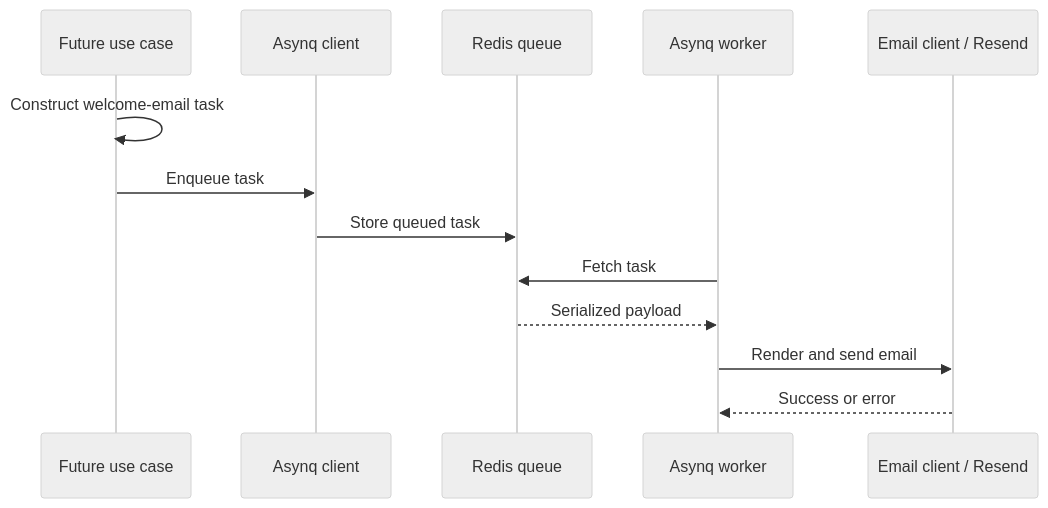
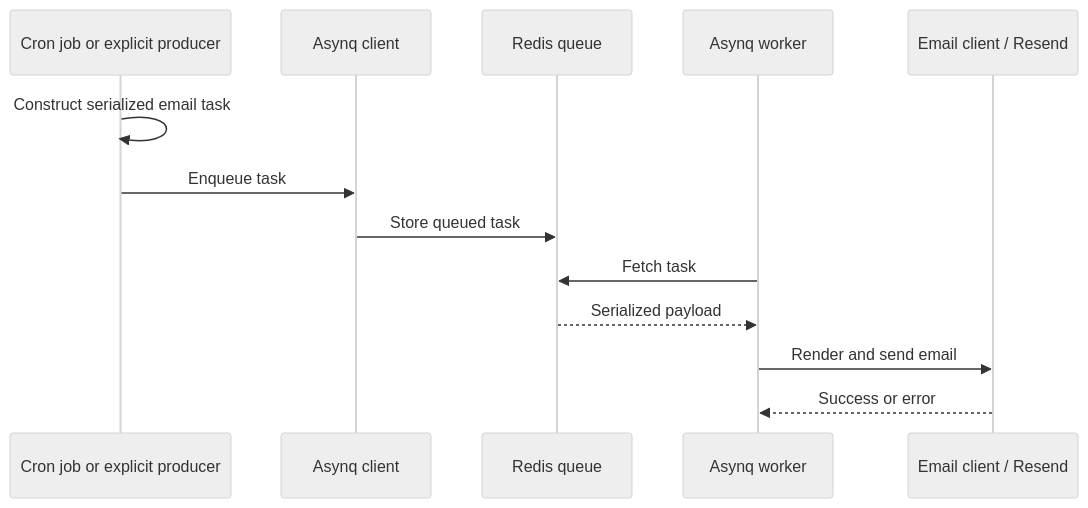
Before and after one commit to vinaykvv00/tasker: the first of 2 diagrams in apps/backend/internal/lib/README.md, drawn with Mermaid (neutral theme). The commit also changed other lines of this file and 36 other files, not shown here.

````diff
--- a/apps/backend/internal/lib/README.md
+++ b/apps/backend/internal/lib/README.md
@@ -20,15 +22,15 @@
 ```mermaid
 sequenceDiagram
-    participant Caller as Future use case
+    participant Caller as Cron job or explicit producer
     participant Client as Asynq client
     participant Redis as Redis queue
     participant Worker as Asynq worker
     participant Mail as Email client / Resend
-    Caller->>Caller: Construct welcome-email task
+    Caller->>Caller: Construct serialized email task
     Caller->>Client: Enqueue task
     Client->>Redis: Store queued task
     Worker->>Redis: Fetch task
     Redis-->>Worker: Serialized payload
     Worker->>Mail: Render and send email
     Mail-->>Worker: Success or error
 ```
````
